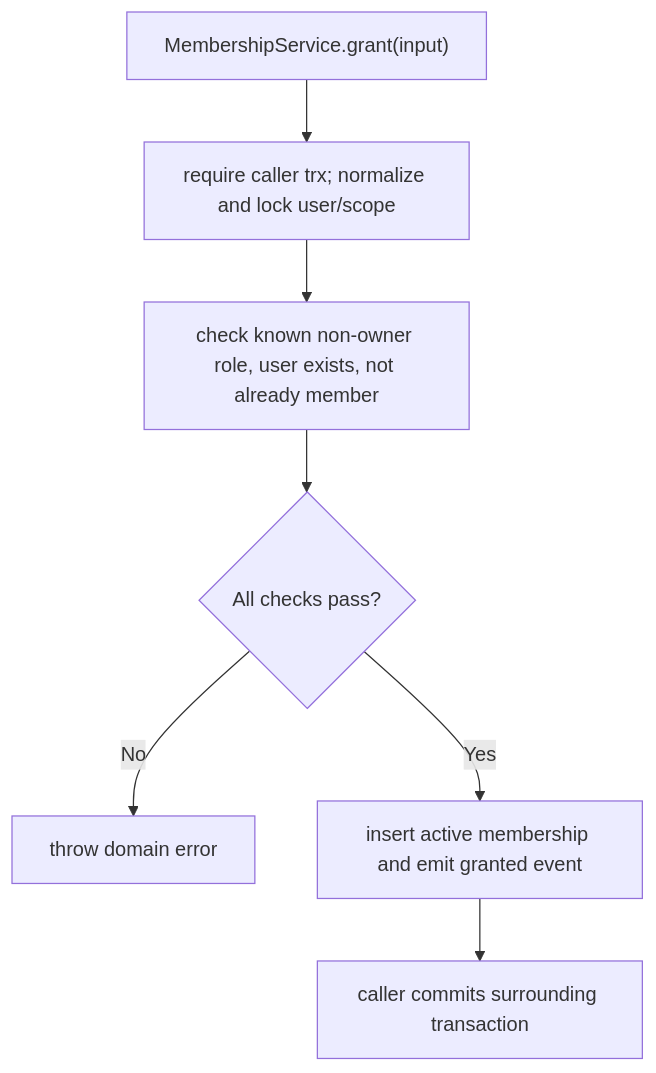
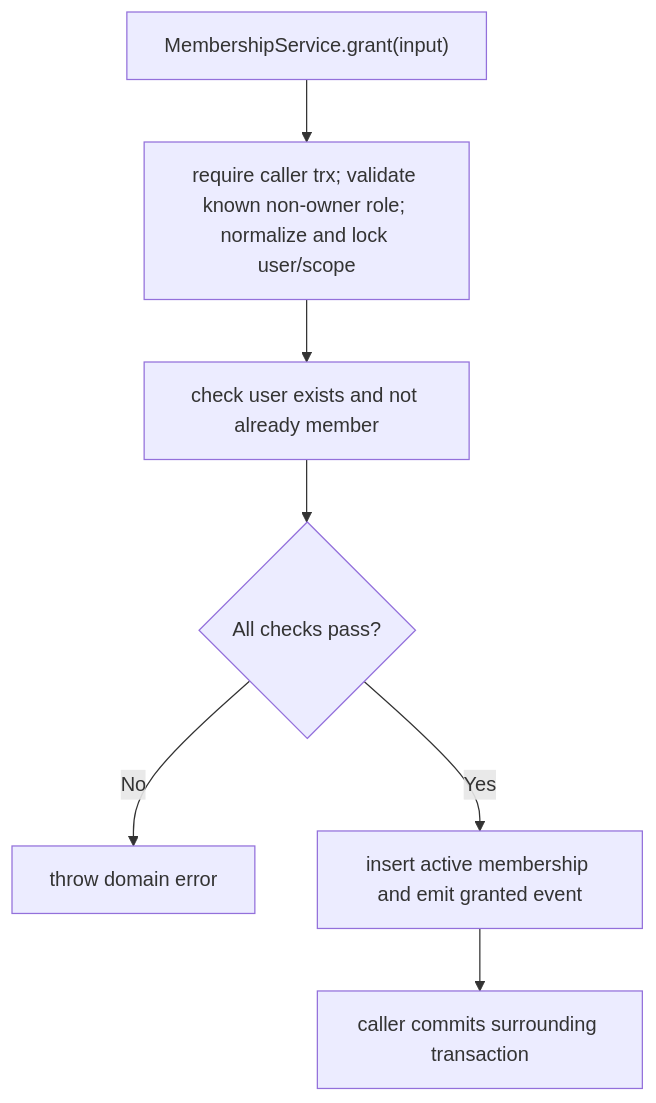
The second of 2 diagrams in user-stories/US-ACCESS-18-apply-trusted-membership-changes.md (Kevinjohn/oss-adonisjs-access-control), drawn with Mermaid before and after one commit. The commit also changed 7 other files, not shown here.

Commit message:
docs: correct catalogue behavior and recovery flows

````diff
--- a/user-stories/US-ACCESS-18-apply-trusted-membership-changes.md
+++ b/user-stories/US-ACCESS-18-apply-trusted-membership-changes.md
@@ -31,9 +31,9 @@
 ```mermaid
 flowchart TD
-    A["MembershipService.grant(input)"] --> B["require caller trx; normalize and lock user/scope"]
-    B --> C["check known non-owner role, user exists, not already member"]
+    A["MembershipService.grant(input)"] --> B["require caller trx; validate known non-owner role; normalize and lock user/scope"]
+    B --> C["check user exists and not already member"]
     C --> D{"All checks pass?"}
     D -->|No| E["throw domain error"]
     D -->|Yes| F["insert active membership and emit granted event"]
     F --> G["caller commits surrounding transaction"]
 ```
````
